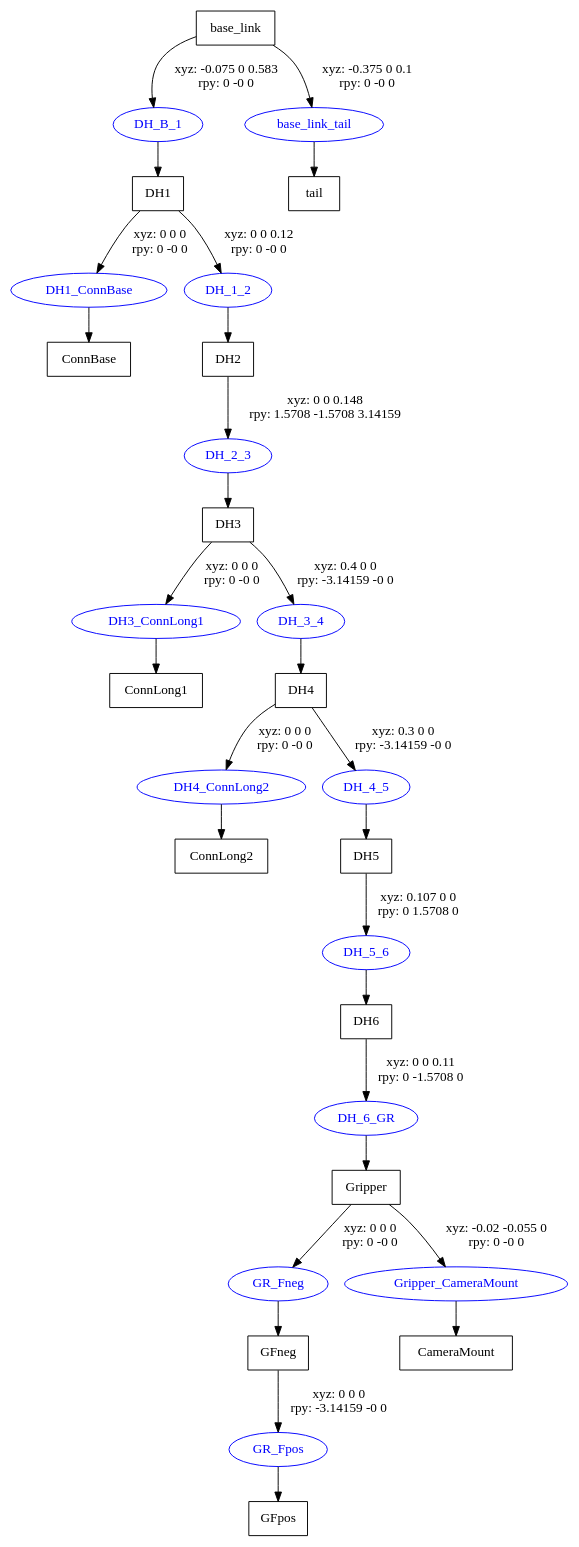
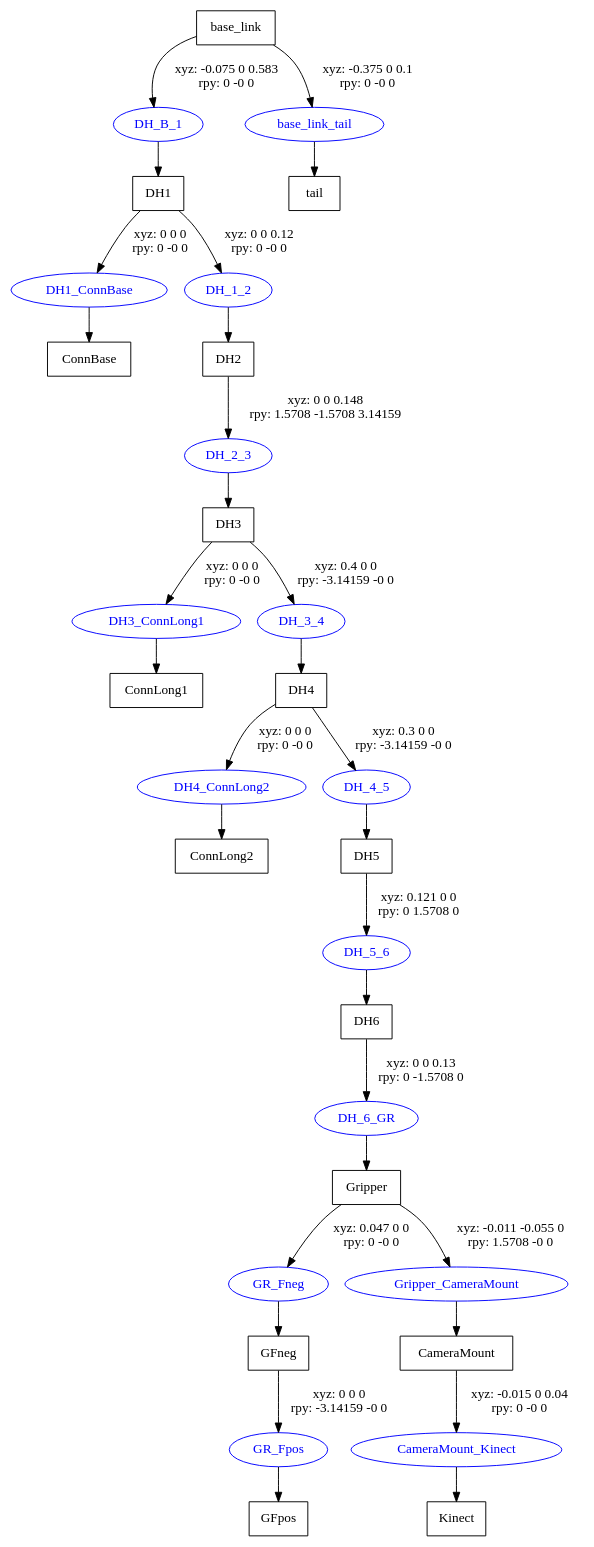
One commit to felix-kolbe/scitos_metralabs changed the diagram in Models/scitos_haw_schunk.gv. Above: the diagram before and after it, drawn with Graphviz. The commit also changed 5 other files, not shown here.

Commit message:
Fixed arm length, added camera mount and kinect.

```diff
--- a/Models/scitos_haw_schunk.gv
+++ b/Models/scitos_haw_schunk.gv
@@ -1,47 +1,50 @@
 digraph G {
 node [shape=box];
 "base_link" [label="base_link"];
 "DH1" [label="DH1"];
 "ConnBase" [label="ConnBase"];
 "DH2" [label="DH2"];
 "DH3" [label="DH3"];
 "ConnLong1" [label="ConnLong1"];
 "DH4" [label="DH4"];
 "ConnLong2" [label="ConnLong2"];
 "DH5" [label="DH5"];
 "DH6" [label="DH6"];
 "Gripper" [label="Gripper"];
 "GFneg" [label="GFneg"];
 "GFpos" [label="GFpos"];
 "CameraMount" [label="CameraMount"];
+"Kinect" [label="Kinect"];
 "tail" [label="tail"];
 node [shape=ellipse, color=blue, fontcolor=blue];
 "base_link" -> "DH_B_1" [label="xyz: -0.075 0 0.583 \nrpy: 0 -0 0"]
 "DH_B_1" -> "DH1"
 "DH1" -> "DH1_ConnBase" [label="xyz: 0 0 0 \nrpy: 0 -0 0"]
 "DH1_ConnBase" -> "ConnBase"
 "DH1" -> "DH_1_2" [label="xyz: 0 0 0.12 \nrpy: 0 -0 0"]
 "DH_1_2" -> "DH2"
 "DH2" -> "DH_2_3" [label="xyz: 0 0 0.148 \nrpy: 1.5708 -1.5708 3.14159"]
 "DH_2_3" -> "DH3"
 "DH3" -> "DH3_ConnLong1" [label="xyz: 0 0 0 \nrpy: 0 -0 0"]
 "DH3_ConnLong1" -> "ConnLong1"
 "DH3" -> "DH_3_4" [label="xyz: 0.4 0 0 \nrpy: -3.14159 -0 0"]
 "DH_3_4" -> "DH4"
 "DH4" -> "DH4_ConnLong2" [label="xyz: 0 0 0 \nrpy: 0 -0 0"]
 "DH4_ConnLong2" -> "ConnLong2"
 "DH4" -> "DH_4_5" [label="xyz: 0.3 0 0 \nrpy: -3.14159 -0 0"]
 "DH_4_5" -> "DH5"
-"DH5" -> "DH_5_6" [label="xyz: 0.107 0 0 \nrpy: 0 1.5708 0"]
+"DH5" -> "DH_5_6" [label="xyz: 0.121 0 0 \nrpy: 0 1.5708 0"]
 "DH_5_6" -> "DH6"
-"DH6" -> "DH_6_GR" [label="xyz: 0 0 0.11 \nrpy: 0 -1.5708 0"]
+"DH6" -> "DH_6_GR" [label="xyz: 0 0 0.13 \nrpy: 0 -1.5708 0"]
 "DH_6_GR" -> "Gripper"
-"Gripper" -> "GR_Fneg" [label="xyz: 0 0 0 \nrpy: 0 -0 0"]
+"Gripper" -> "GR_Fneg" [label="xyz: 0.047 0 0 \nrpy: 0 -0 0"]
 "GR_Fneg" -> "GFneg"
 "GFneg" -> "GR_Fpos" [label="xyz: 0 0 0 \nrpy: -3.14159 -0 0"]
 "GR_Fpos" -> "GFpos"
-"Gripper" -> "Gripper_CameraMount" [label="xyz: -0.02 -0.055 0 \nrpy: 0 -0 0"]
+"Gripper" -> "Gripper_CameraMount" [label="xyz: -0.011 -0.055 0 \nrpy: 1.5708 -0 0"]
 "Gripper_CameraMount" -> "CameraMount"
+"CameraMount" -> "CameraMount_Kinect" [label="xyz: -0.015 0 0.04 \nrpy: 0 -0 0"]
+"CameraMount_Kinect" -> "Kinect"
 "base_link" -> "base_link_tail" [label="xyz: -0.375 0 0.1 \nrpy: 0 -0 0"]
 "base_link_tail" -> "tail"
 }
```
